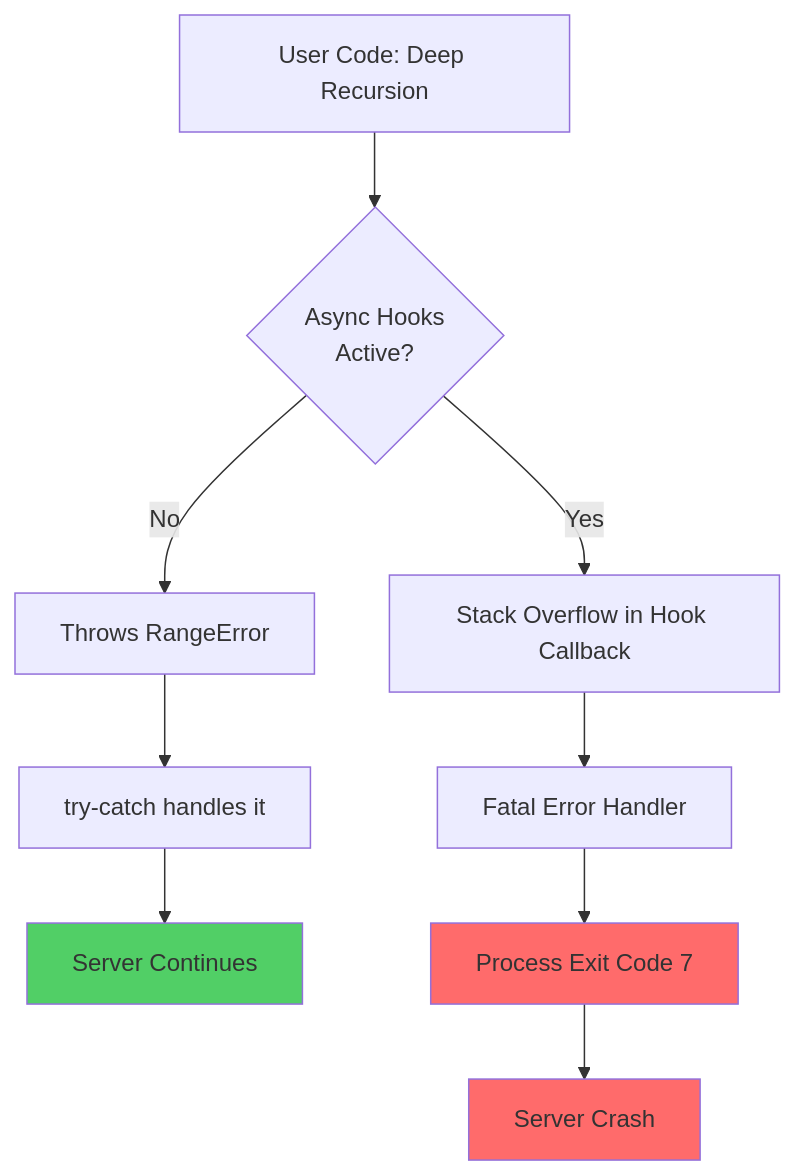
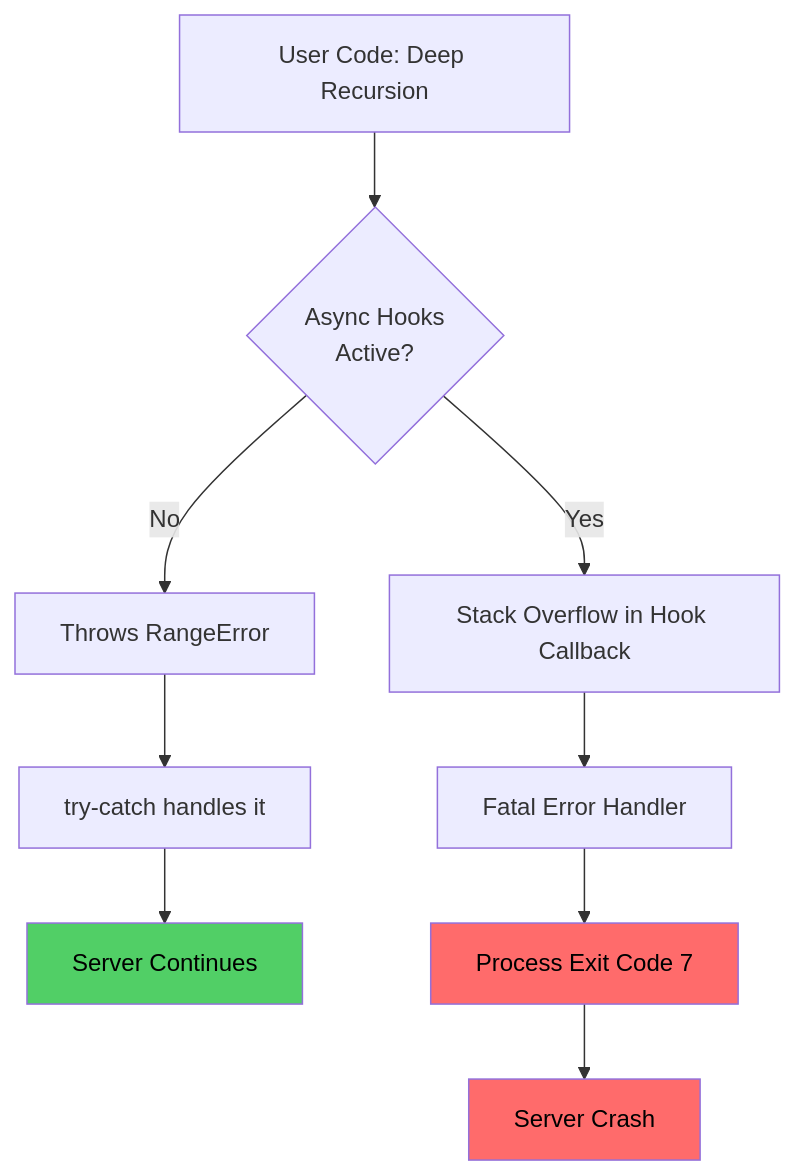
One commit to rsrini7/Learnings changed the first of 2 diagrams in News/Node.js-Async-Hooks-DoS-Vulnerability.md. Above: the diagram before and after it, drawn with Mermaid. The commit also changed other lines of this file and 4 other files, not shown here.

````diff
--- a/News/Node.js-Async-Hooks-DoS-Vulnerability.md
+++ b/News/Node.js-Async-Hooks-DoS-Vulnerability.md
@@ -102,15 +44,16 @@
 ```mermaid
 graph TD
     A["User Code: Deep Recursion"] --> B{"Async Hooks<br/>Active?"}
     B -->|No| C["Throws RangeError"]
     C --> D["try-catch handles it"]
     D --> E["Server Continues"]
     B -->|Yes| F["Stack Overflow in Hook Callback"]
     F --> G["Fatal Error Handler"]
     G --> H["Process Exit Code 7"]
     H --> I["Server Crash"]
     
-    style H fill:#ff6b6b
-    style I fill:#ff6b6b
-    style E fill:#51cf66
+    style H fill:#ff6b6b,color:#000
+    style I fill:#ff6b6b,color:#000
+    style E fill:#51cf66,color:#000
+
 ```
````
